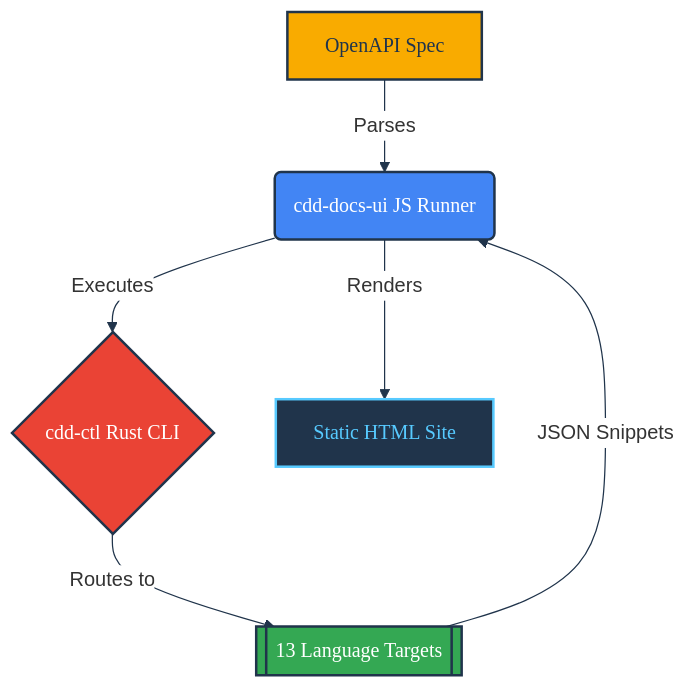
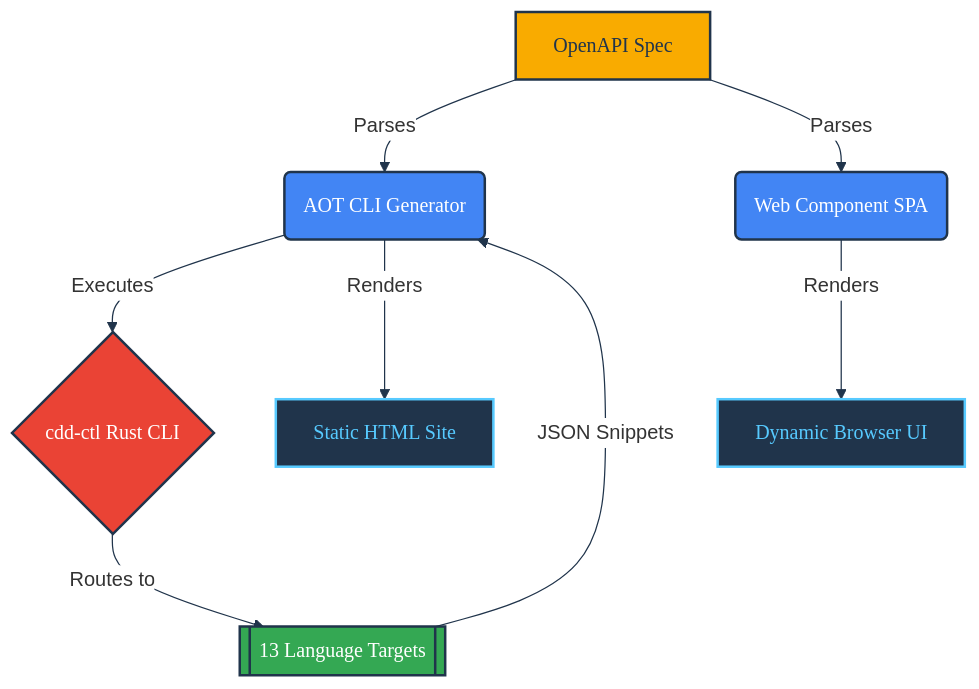
The diagram in ARCHITECTURE.md (SamuelMarks/cdd-docs-ui), drawn with Mermaid before and after one commit. The commit also changed other lines of this file and 43 other files, not shown here.

````diff
--- a/ARCHITECTURE.md
+++ b/ARCHITECTURE.md
@@ -9,31 +9,35 @@
 ```mermaid
 %%{
   init: {
     'theme': 'base',
     'themeVariables': {
       'fontFamily': 'Google Sans Normal, sans-serif',
       'lineColor': '#20344b',
       'textColor': '#20344b',
       'edgeLabelBackground': '#ffffff'
     }
   }
 }%%
 flowchart TD
     classDef headline font-family:'Google Sans Medium',fill:#4285f4,color:#ffffff,stroke:#20344b,stroke-width:2px
     classDef subhead font-family:'Roboto Mono Normal',fill:#f9ab00,color:#20344b,stroke:#20344b,stroke-width:2px
     classDef bodytext font-family:'Google Sans Normal',fill:#34a853,color:#ffffff,stroke:#20344b,stroke-width:2px
     classDef highlight font-family:'Google Sans Medium',fill:#ea4335,color:#ffffff,stroke:#20344b,stroke-width:2px
     classDef terminal font-family:'Google Sans Medium',fill:#20344b,color:#57caff,stroke:#57caff,stroke-width:2px
 
     A[OpenAPI Spec]:::subhead
-    B(cdd-docs-ui JS Runner):::headline
+    B(AOT CLI Generator):::headline
+    B2(Web Component SPA):::headline
     C{cdd-ctl Rust CLI}:::highlight
     D[[13 Language Targets]]:::bodytext
     E[Static HTML Site]:::terminal
+    F[Dynamic Browser UI]:::terminal
 
     A -- Parses --> B
+    A -- Parses --> B2
     B -- Executes --> C
     C -- Routes to --> D
     D -- JSON Snippets --> B
     B -- Renders --> E
+    B2 -- Renders --> F
 ```
````
